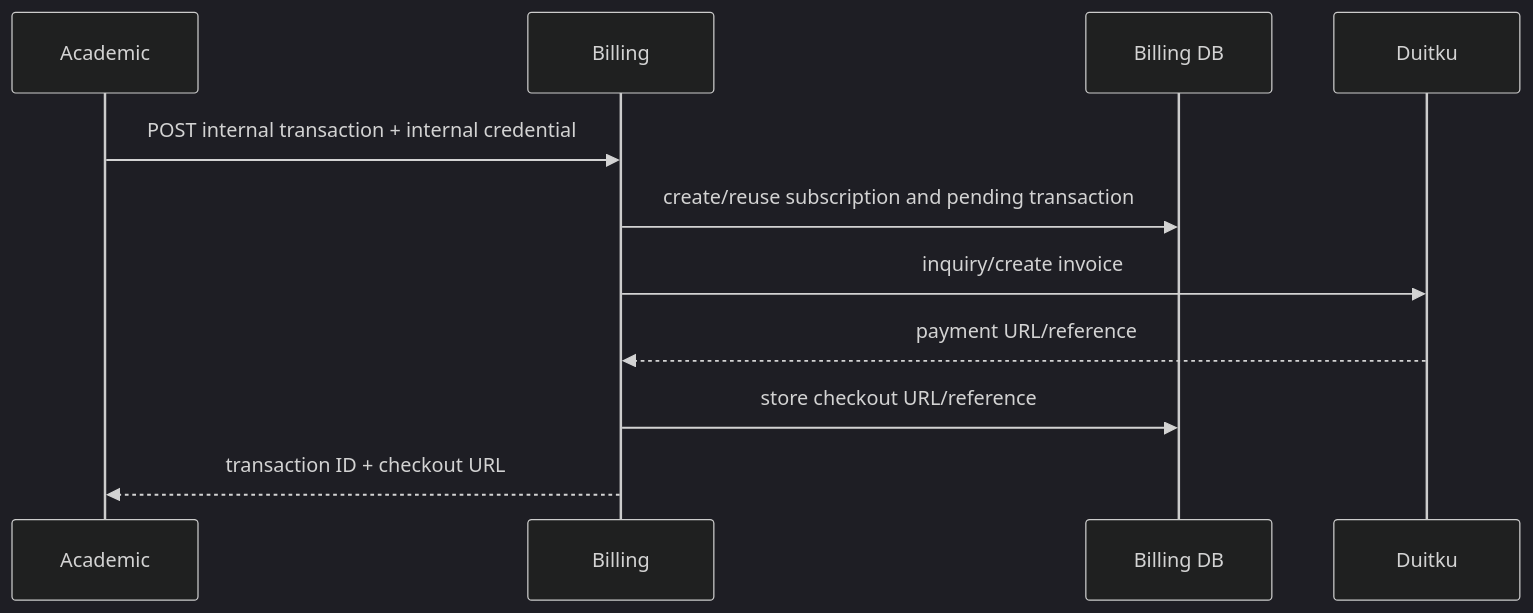
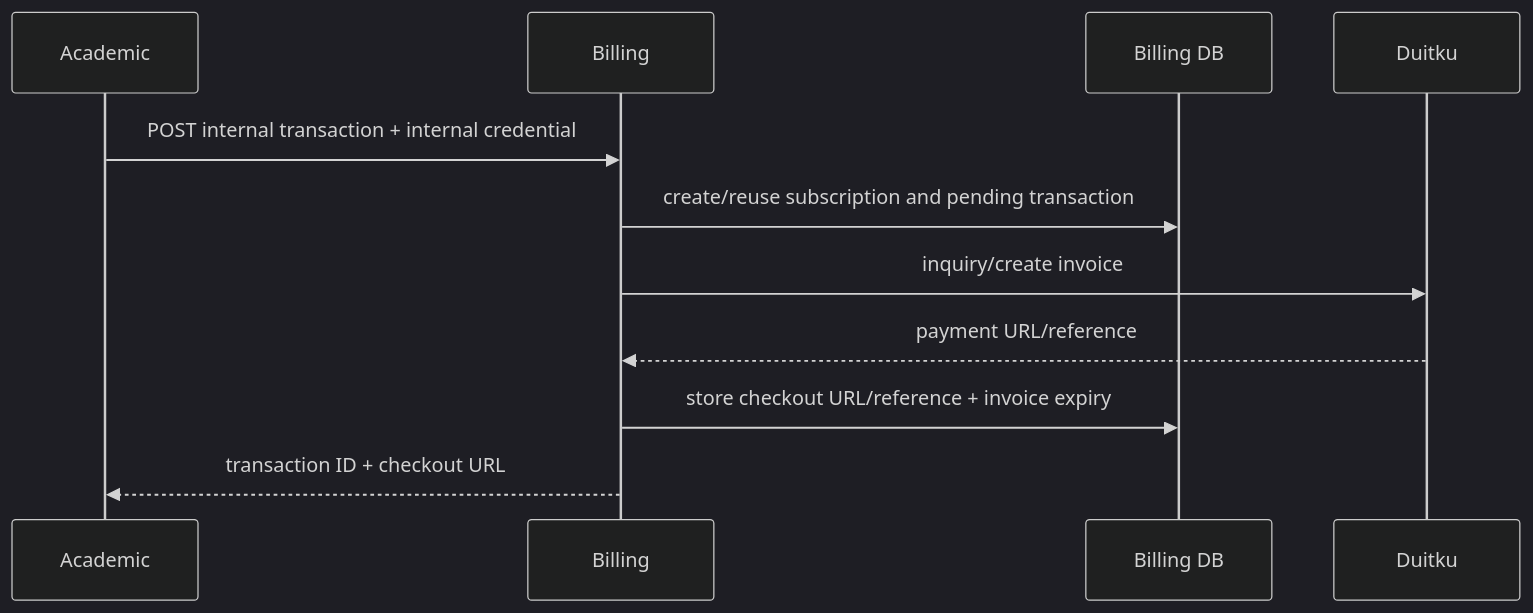
Before and after one commit to kelolakelas/kelolakelas-docs: the diagram in docs/flows/billing-and-subscriptions.md, drawn with Mermaid (dark theme). The commit also changed other lines of this file and 11 other files, not shown here.

First line of the commit message:
KEL-25: document local invoice expiry and explicit callback result codes (#18)

````diff
--- a/docs/flows/billing-and-subscriptions.md
+++ b/docs/flows/billing-and-subscriptions.md
@@ -3,13 +3,13 @@
 ```mermaid
 sequenceDiagram
   participant A as Academic
   participant B as Billing
   participant DB as Billing DB
   participant D as Duitku
   A->>B: POST internal transaction + internal credential
   B->>DB: create/reuse subscription and pending transaction
   B->>D: inquiry/create invoice
   D-->>B: payment URL/reference
-  B->>DB: store checkout URL/reference
+  B->>DB: store checkout URL/reference + invoice expiry
   B-->>A: transaction ID + checkout URL
 ```
````
